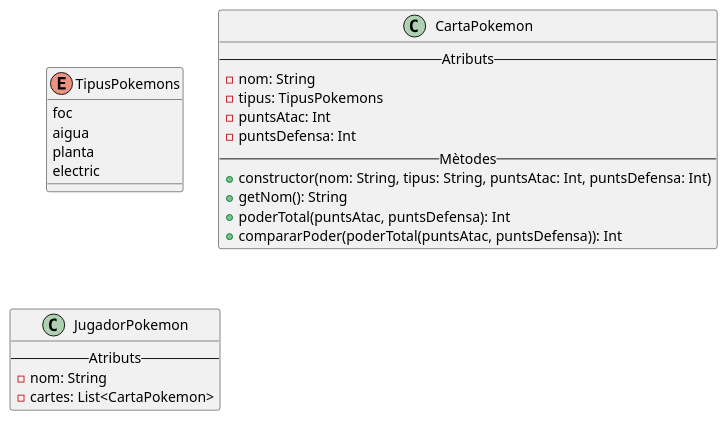
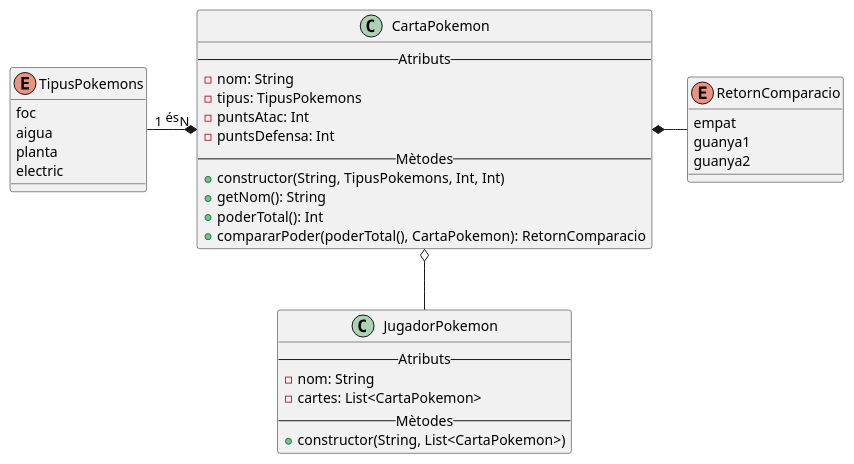
One commit to MarcBonamusa/DiagramesClasses changed the diagram in src/main/kotlin/uml/Exercici1.puml. Above: the diagram before and after it, drawn with PlantUML. The commit also changed 11 other files, not shown here.

```diff
--- a/src/main/kotlin/uml/Exercici1.puml
+++ b/src/main/kotlin/uml/Exercici1.puml
@@ -1,30 +1,42 @@
 @startuml
 'https://plantuml.com/class-diagram
 
 enum TipusPokemons {
     foc
     aigua
     planta
     electric
 }
 
+enum RetornComparacio {
+    empat
+    guanya1
+    guanya2
+}
+
 class CartaPokemon {
     -- Atributs --
     - nom: String
     - tipus: TipusPokemons
     - puntsAtac: Int
     - puntsDefensa: Int
     -- Mètodes --
-    + constructor(nom: String, tipus: String, puntsAtac: Int, puntsDefensa: Int)
+    + constructor(String, TipusPokemons, Int, Int)
     + getNom(): String
-    + poderTotal(puntsAtac, puntsDefensa): Int
-    + compararPoder(poderTotal(puntsAtac, puntsDefensa)): Int
+    + poderTotal(): Int
+    + compararPoder(poderTotal(), CartaPokemon): RetornComparacio
 }
 
 class JugadorPokemon {
     -- Atributs --
     - nom: String
     - cartes: List<CartaPokemon>
+    -- Mètodes --
+    + constructor(String, List<CartaPokemon>)
 }
 
+CartaPokemon o-down- JugadorPokemon
+CartaPokemon "N" *-left- "1" TipusPokemons: és
+CartaPokemon *-right- RetornComparacio
+
 @enduml
```
